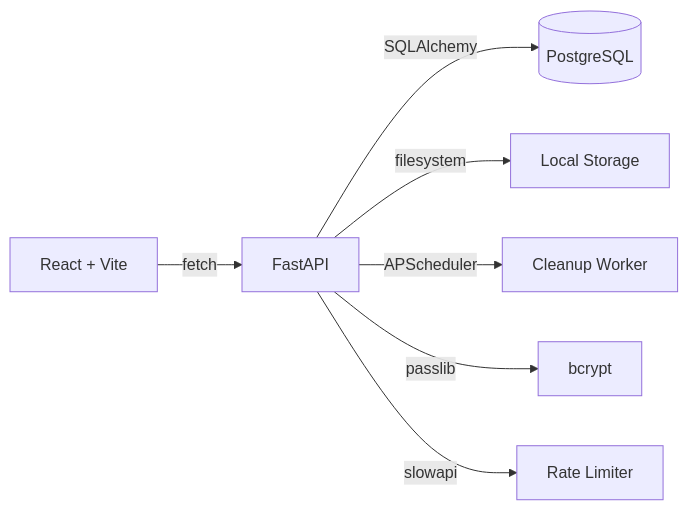
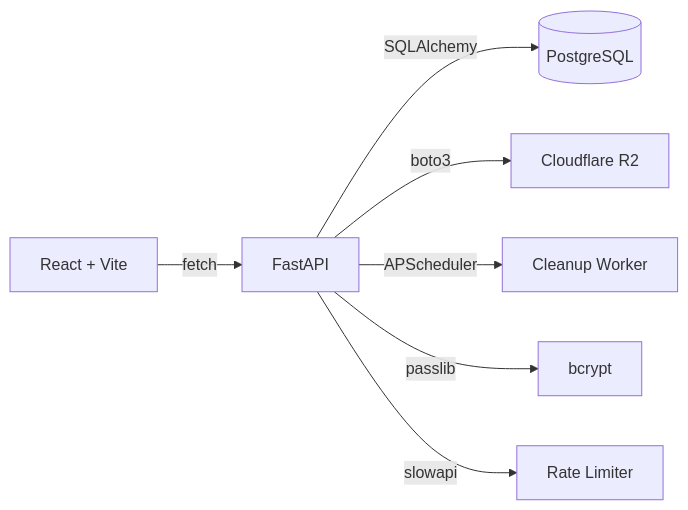
One commit to Vasanth2005kk/ShareNova changed the diagram in README.md. Above: the diagram before and after it, drawn with Mermaid. The commit also changed other lines of this file, not shown here.

````diff
--- a/README.md
+++ b/README.md
@@ -99,9 +98,9 @@
 ```mermaid
 graph LR
     A[React + Vite] -->|fetch| B[FastAPI]
     B -->|SQLAlchemy| C[(PostgreSQL)]
-    B -->|filesystem| D[Local Storage]
+    B -->|boto3| D[Cloudflare R2]
     B -->|APScheduler| E[Cleanup Worker]
     B -->|passlib| F[bcrypt]
     B -->|slowapi| G[Rate Limiter]
 ```
````
